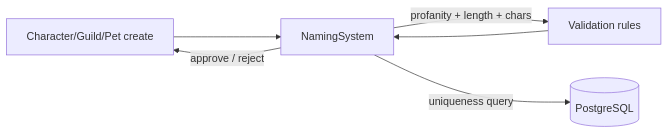
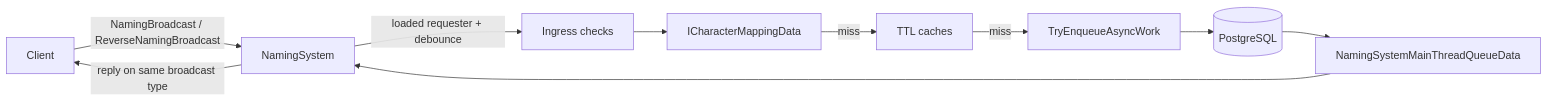
The diagram in FishMMO-Unity/Assets/Scripts/Server/Implementation/World/SceneServer/Naming/README.md (jimdroberts/FishMMO), drawn with Mermaid before and after one commit. The commit also changed other lines of this file and 62 other files, not shown here.

````diff
--- a/FishMMO-Unity/Assets/Scripts/Server/Implementation/World/SceneServer/Naming/README.md
+++ b/FishMMO-Unity/Assets/Scripts/Server/Implementation/World/SceneServer/Naming/README.md
@@ -182,8 +186,12 @@
 ```mermaid
 flowchart LR
-    Caller[Character/Guild/Pet create] --> Sys[NamingSystem]
-    Sys -->|profanity + length + chars| Rules[Validation rules]
-    Sys -->|uniqueness query| DB[(PostgreSQL)]
-    Rules --> Sys
-    Sys -->|approve / reject| Caller
+    Client[Client] -->|NamingBroadcast / ReverseNamingBroadcast| Sys[NamingSystem]
+    Sys -->|loaded requester + debounce| Gate[Ingress checks]
+    Gate --> Local[ICharacterMappingData]
+    Local -->|miss| Cache[TTL caches]
+    Cache -->|miss| Async[TryEnqueueAsyncWork]
+    Async --> DB[(PostgreSQL)]
+    DB --> Queue[NamingSystemMainThreadQueueData]
+    Queue --> Sys
+    Sys -->|reply on same broadcast type| Client
 ```
````
